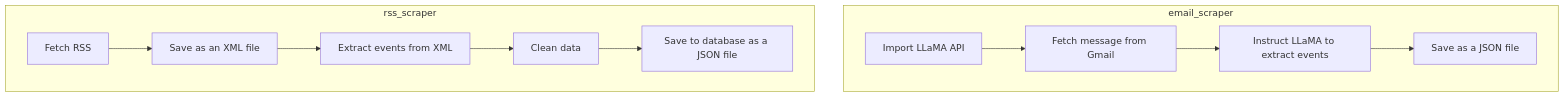
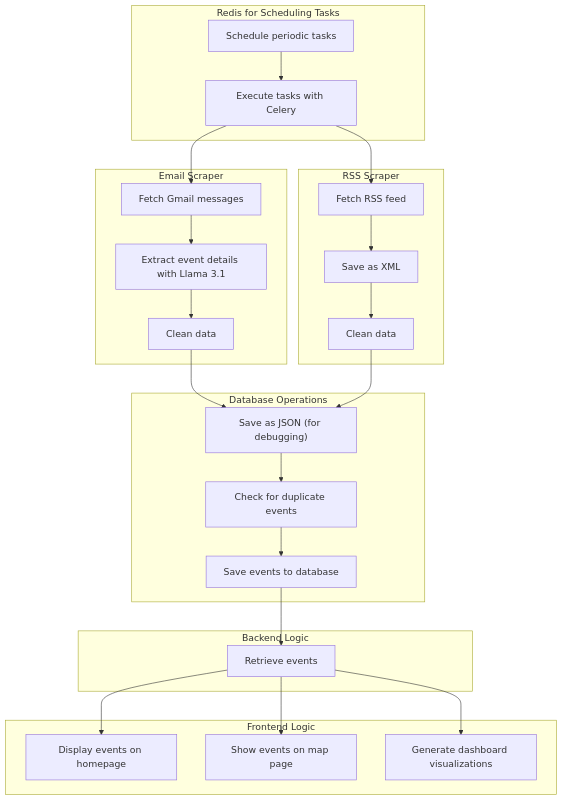
One commit to ac-i2i-engineering/mammoth-course-compass changed the diagram in README.md. Above: the diagram before and after it, drawn with Mermaid. The commit also changed other lines of this file and 1 other file, not shown here.

Commit message:
Added more detail to the mermaid code diagram and updated the README to be more detailed

````diff
--- a/README.md
+++ b/README.md
@@ -42,17 +76,36 @@
 ```mermaid
-
 graph TD
-    subgraph email_scraper
-    A1[Import LLaMA API] --> A2[Fetch message from Gmail]
-    A2 --> A3[Instruct LLaMA to extract events]
-    A3 --> A4[Save as a JSON file]
+    subgraph redis ["Redis for Scheduling Tasks"]
+        F1[Schedule periodic tasks]
+        F1 --> F2[Execute tasks with Celery]
     end
 
-    subgraph rss_scraper
-    B1[Fetch RSS] --> B2[Save as an XML file]
-    B2 --> B3[Extract events from XML]
-    B3 --> B4[Clean data]
-    B4 --> B5[Save to database as a JSON file]
+    subgraph email_scraper ["Email Scraper"]
+        F2 --> A1[Fetch Gmail messages]
+        A1 --> A2[Extract event details with Llama 3.1]
+        A2 --> A3[Clean data]
     end
-    
+
+    subgraph rss_scraper ["RSS Scraper"]
+        F2 --> B1[Fetch RSS feed]
+        B1 --> B2[Save as XML]
+        B2 --> B3[Clean data]
+    end
+
+    subgraph database ["Database Operations"]
+        A3 --> C1["Save as JSON (for debugging)"]
+        B3 --> C1
+        C1 --> C2[Check for duplicate events]
+        C2 --> C3[Save events to database]
+    end
+
+    subgraph backend ["Backend Logic"]
+        C3 --> D1[Retrieve events]
+    end
+
+    subgraph frontend ["Frontend Logic"]
+        D1 --> E1[Display events on homepage]
+        D1 --> E2[Show events on map page]
+        D1 --> E3[Generate dashboard visualizations]
+    end
 ```
````
